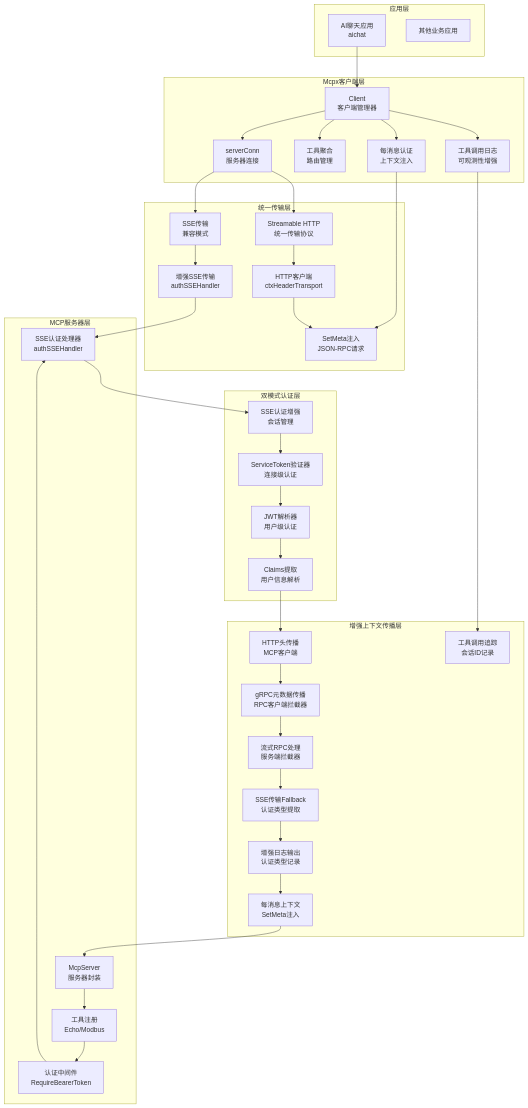
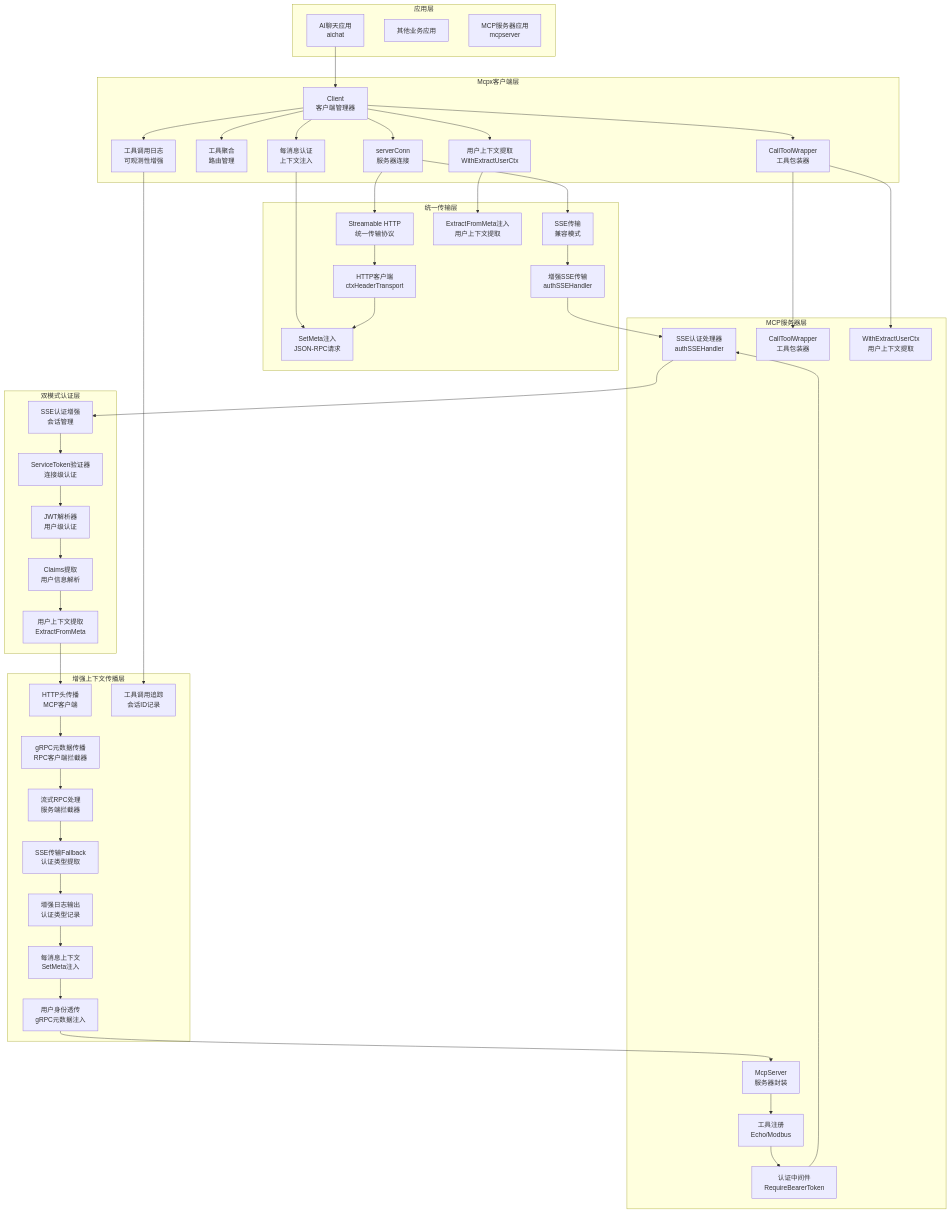
One commit to maomao94/zero-service changed the second of 25 diagrams in .qoder/repowiki/zh/content/核心服务详解/Mcpx客户端包.md. Above: the diagram before and after it, drawn with Mermaid. The commit also changed other lines of this file and 42 other files, not shown here.

````diff
--- a/.qoder/repowiki/zh/content/核心服务详解/Mcpx客户端包.md
+++ b/.qoder/repowiki/zh/content/核心服务详解/Mcpx客户端包.md
@@ -164,67 +181,82 @@
 subgraph "应用层"
 A[AI聊天应用<br/>aichat]
 B[其他业务应用]
+C[MCP服务器应用<br/>mcpserver]
 end
 subgraph "Mcpx客户端层"
-C[Client<br/>客户端管理器]
-D[serverConn<br/>服务器连接]
-E[工具聚合<br/>路由管理]
-F[每消息认证<br/>上下文注入]
-G[工具调用日志<br/>可观测性增强]
+D[Client<br/>客户端管理器]
+E[serverConn<br/>服务器连接]
+F[工具聚合<br/>路由管理]
+G[每消息认证<br/>上下文注入]
+H[用户上下文提取<br/>WithExtractUserCtx]
+I[工具调用日志<br/>可观测性增强]
+J[CallToolWrapper<br/>工具包装器]
 end
 subgraph "统一传输层"
-H[Streamable HTTP<br/>统一传输协议]
-I[SSE传输<br/>兼容模式]
-J[HTTP客户端<br/>ctxHeaderTransport]
-K[增强SSE传输<br/>authSSEHandler]
-L[SetMeta注入<br/>JSON-RPC请求]
+K[Streamable HTTP<br/>统一传输协议]
+L[SSE传输<br/>兼容模式]
+M[HTTP客户端<br/>ctxHeaderTransport]
+N[增强SSE传输<br/>authSSEHandler]
+O[SetMeta注入<br/>JSON-RPC请求]
+P[ExtractFromMeta注入<br/>用户上下文提取]
 end
 subgraph "双模式认证层"
-M[ServiceToken验证器<br/>连接级认证]
-N[JWT解析器<br/>用户级认证]
-O[Claims提取<br/>用户信息解析]
-P[SSE认证增强<br/>会话管理]
+Q[ServiceToken验证器<br/>连接级认证]
+R[JWT解析器<br/>用户级认证]
+S[Claims提取<br/>用户信息解析]
+T[SSE认证增强<br/>会话管理]
+U[用户上下文提取<br/>ExtractFromMeta]
 end
 subgraph "增强上下文传播层"
-Q[HTTP头传播<br/>MCP客户端]
-R[gRPC元数据传播<br/>RPC客户端拦截器]
-S[流式RPC处理<br/>服务端拦截器]
-T[SSE传输Fallback<br/>认证类型提取]
-U[增强日志输出<br/>认证类型记录]
-V[每消息上下文<br/>SetMeta注入]
-W[工具调用追踪<br/>会话ID记录]
+V[HTTP头传播<br/>MCP客户端]
+W[gRPC元数据传播<br/>RPC客户端拦截器]
+X[流式RPC处理<br/>服务端拦截器]
+Y[SSE传输Fallback<br/>认证类型提取]
+Z[增强日志输出<br/>认证类型记录]
+AA[每消息上下文<br/>SetMeta注入]
+BB[工具调用追踪<br/>会话ID记录]
+CC[用户身份透传<br/>gRPC元数据注入]
 end
 subgraph "MCP服务器层"
-X[McpServer<br/>服务器封装]
-Y[工具注册<br/>Echo/Modbus]
-Z[认证中间件<br/>RequireBearerToken]
-AA[SSE认证处理器<br/>authSSEHandler]
+DD[McpServer<br/>服务器封装]
+EE[工具注册<br/>Echo/Modbus]
+FF[认证中间件<br/>RequireBearerToken]
+GG[SSE认证处理器<br/>authSSEHandler]
+HH[CallToolWrapper<br/>工具包装器]
+II[WithExtractUserCtx<br/>用户上下文提取]
 end
-A --> C
-C --> D
-C --> E
-C --> F
-C --> G
+A --> D
+D --> E
+D --> F
+D --> G
 D --> H
 D --> I
-F --> L
-G --> W
-H --> J
-I --> K
-J --> L
-K --> AA
-AA --> P
-P --> M
-M --> N
-N --> O
-O --> Q
+D --> J
+E --> K
+E --> L
+G --> O
+H --> P
+I --> BB
+J --> HH
+J --> II
+K --> M
+L --> N
+M --> O
+N --> GG
+GG --> T
+T --> Q
 Q --> R
 R --> S
-S --> T
-T --> U
+S --> U
 U --> V
-V --> X
+V --> W
+W --> X
 X --> Y
 Y --> Z
 Z --> AA
+AA --> CC
+CC --> DD
+DD --> EE
+EE --> FF
+FF --> GG
 ```
````
